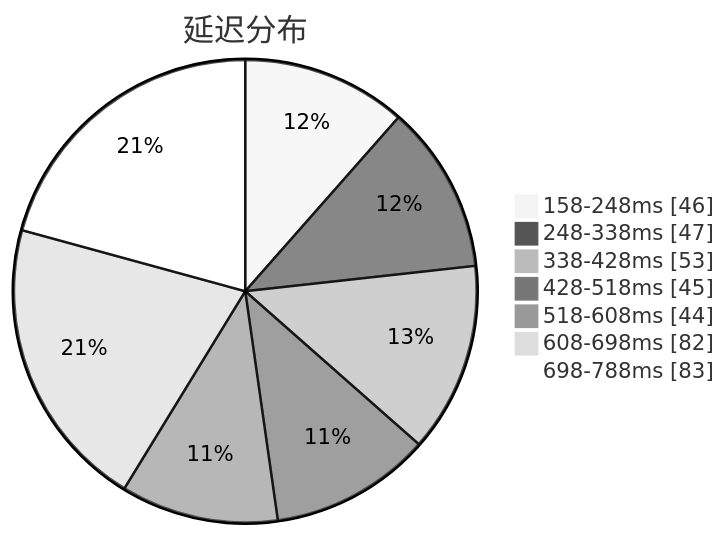
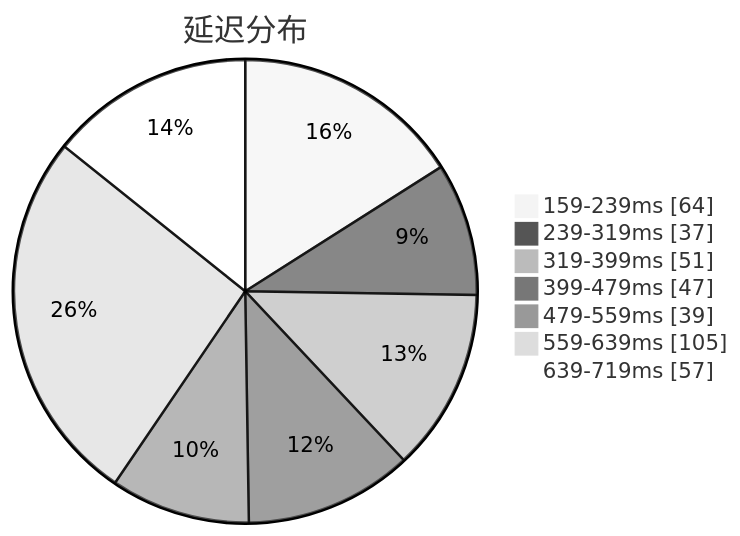
The first of 3 diagrams in subs/statistics/tested_within.md (qjlxg/airport), drawn with Mermaid (neutral theme) before and after one commit. The commit also changed other lines of this file and 2 other files, not shown here.

````diff
--- a/subs/statistics/tested_within.md
+++ b/subs/statistics/tested_within.md
@@ -2,11 +2,11 @@
 ```mermaid
 pie showData
 title 延迟分布
-"158-248ms" : 46
-"248-338ms" : 47
-"338-428ms" : 53
-"428-518ms" : 45
-"518-608ms" : 44
-"608-698ms" : 82
-"698-788ms" : 83
+"159-239ms" : 64
+"239-319ms" : 37
+"319-399ms" : 51
+"399-479ms" : 47
+"479-559ms" : 39
+"559-639ms" : 105
+"639-719ms" : 57
 ```
````
